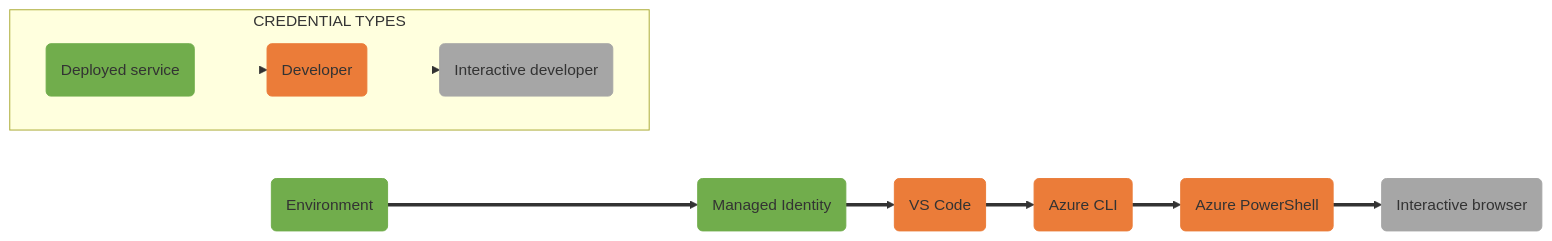
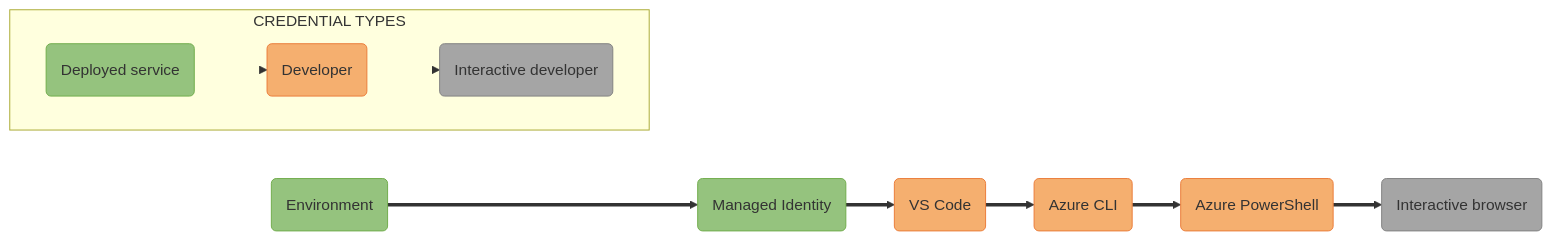
Before and after one commit to Azure/azure-sdk-for-python: the diagram in sdk/identity/azure-identity/images/mermaidjs/DefaultAzureCredentialAuthFlow.md, drawn with Mermaid. The commit also changed 1 other file, not shown here.

Commit message:
Adjust contrast

````diff
--- a/sdk/identity/azure-identity/images/mermaidjs/DefaultAzureCredentialAuthFlow.md
+++ b/sdk/identity/azure-identity/images/mermaidjs/DefaultAzureCredentialAuthFlow.md
@@ -1,31 +1,31 @@
 ```mermaid
 %% STEPS TO GENERATE IMAGE
 %% =======================
 %% 1. Install mermaid CLI (see https://github.com/mermaid-js/mermaid-cli/blob/master/README.md)
 %% 2. Run command: mmdc -i DefaultAzureCredentialAuthFlow.md -o DefaultAzureCredentialAuthFlow.svg
 
 flowchart LR;
     A(Environment):::deployed ==> B(Managed Identity):::deployed ==> C(VS Code):::developer ==> D(Azure CLI):::developer ==> E(Azure PowerShell):::developer ==> F(Interactive browser):::interactive;
 
     subgraph CREDENTIAL TYPES;
         direction LR;
         Deployed(Deployed service):::deployed ==> Developer(Developer):::developer ==> Interactive(Interactive developer):::interactive;
 
         %% Hide links between boxes in the legend by setting width to 0. The integers after "linkStyle" represent link indices.
         linkStyle 5 stroke-width:0px;
         linkStyle 6 stroke-width:0px;
     end;
 
     %% Define styles for credential type boxes
-    classDef deployed fill:#71AD4C, stroke:#71AD4C;
-    classDef developer fill:#EB7C39, stroke:#EB7C39;
-    classDef interactive fill:#A6A6A6, stroke:#A6A6A6;
+    classDef deployed fill:#95C37E, stroke:#71AD4C;
+    classDef developer fill:#F5AF6F, stroke:#EB7C39;
+    classDef interactive fill:#A5A5A5, stroke:#828282;
 
     %% Add API ref links to credential type boxes
     click A "https://docs.microsoft.com/python/api/azure-identity/azure.identity.environmentcredential?view=azure-python" _blank;
     click B "https://docs.microsoft.com/python/api/azure-identity/azure.identity.managedidentitycredential?view=azure-python" _blank;
     click C "https://docs.microsoft.com/python/api/azure-identity/azure.identity.visualstudiocodecredential?view=azure-python" _blank;
     click D "https://docs.microsoft.com/python/api/azure-identity/azure.identity.azureclicredential?view=azure-python" _blank;
     click E "https://docs.microsoft.com/python/api/azure-identity/azure.identity.azurepowershellcredential?view=azure-python" _blank;
     click F "https://docs.microsoft.com/python/api/azure-identity/azure.identity.interactivebrowsercredential?view=azure-python" _blank;
 ```
````
